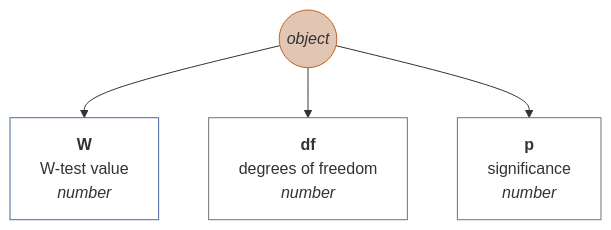
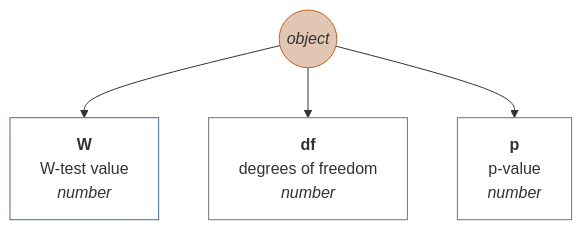
Before and after one commit to muzikp/retusa: diagram 23 of 38 in docs/en-GB.md, drawn with Mermaid. The commit also changed other lines of this file and 8 other files, not shown here.

````diff
--- a/docs/en-GB.md
+++ b/docs/en-GB.md
@@ -752,16 +752,16 @@
 ```mermaid
 graph TD
 shapirowilk((<i>object</i>))
 style shapirowilk fill:#E1C6B3;
 style shapirowilk stroke:#C36422;
 shapirowilk --> W[<b>W</b><br>W-test value <br><i>number</i>]
 style W fill:#FFFFFF;
 style W stroke:#4967A4;
 shapirowilk --> df[<b>df</b><br>degrees of freedom <br><i>number</i>]
 style df fill:#FFFFFF;
 style df stroke:#75716F;
-shapirowilk --> p[<b>p</b><br>significance <br><i>number</i>]
+shapirowilk --> p[<b>p</b><br>p-value <br><i>number</i>]
 style p fill:#FFFFFF;
 style p stroke:#75716F;
 
 ```
````
